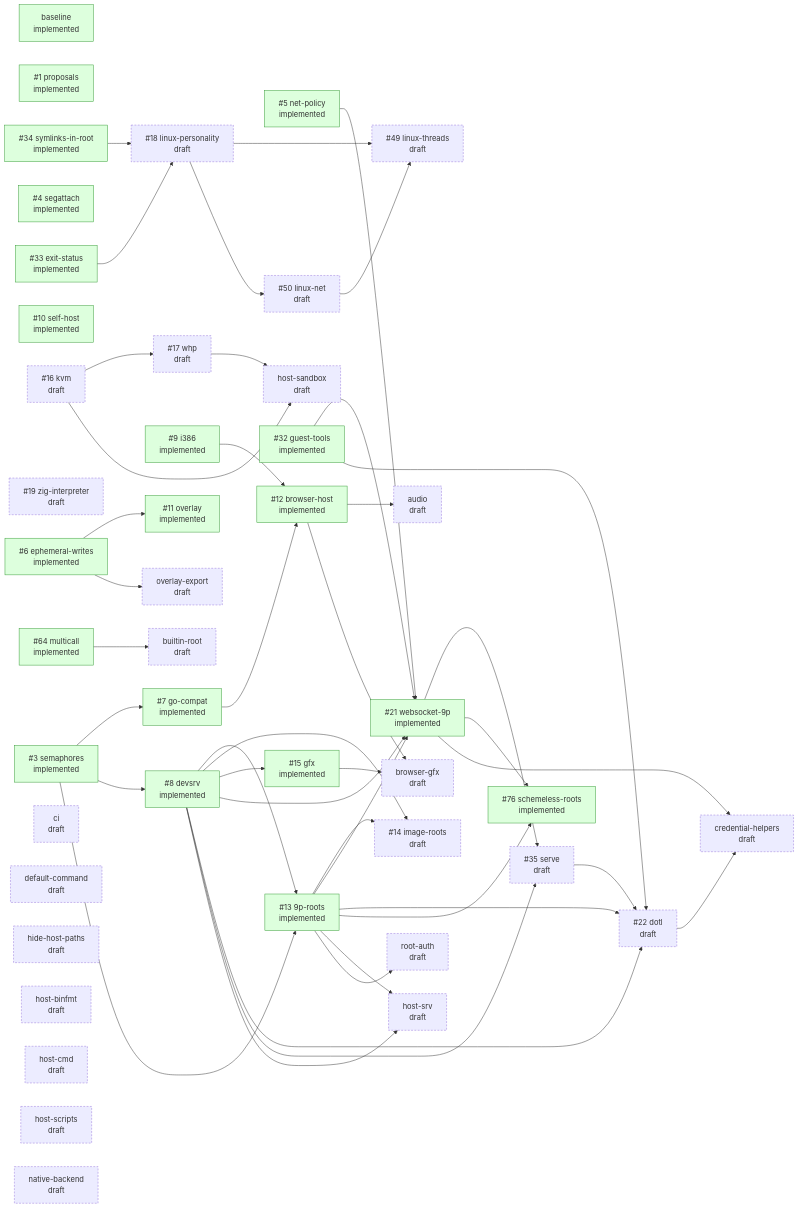
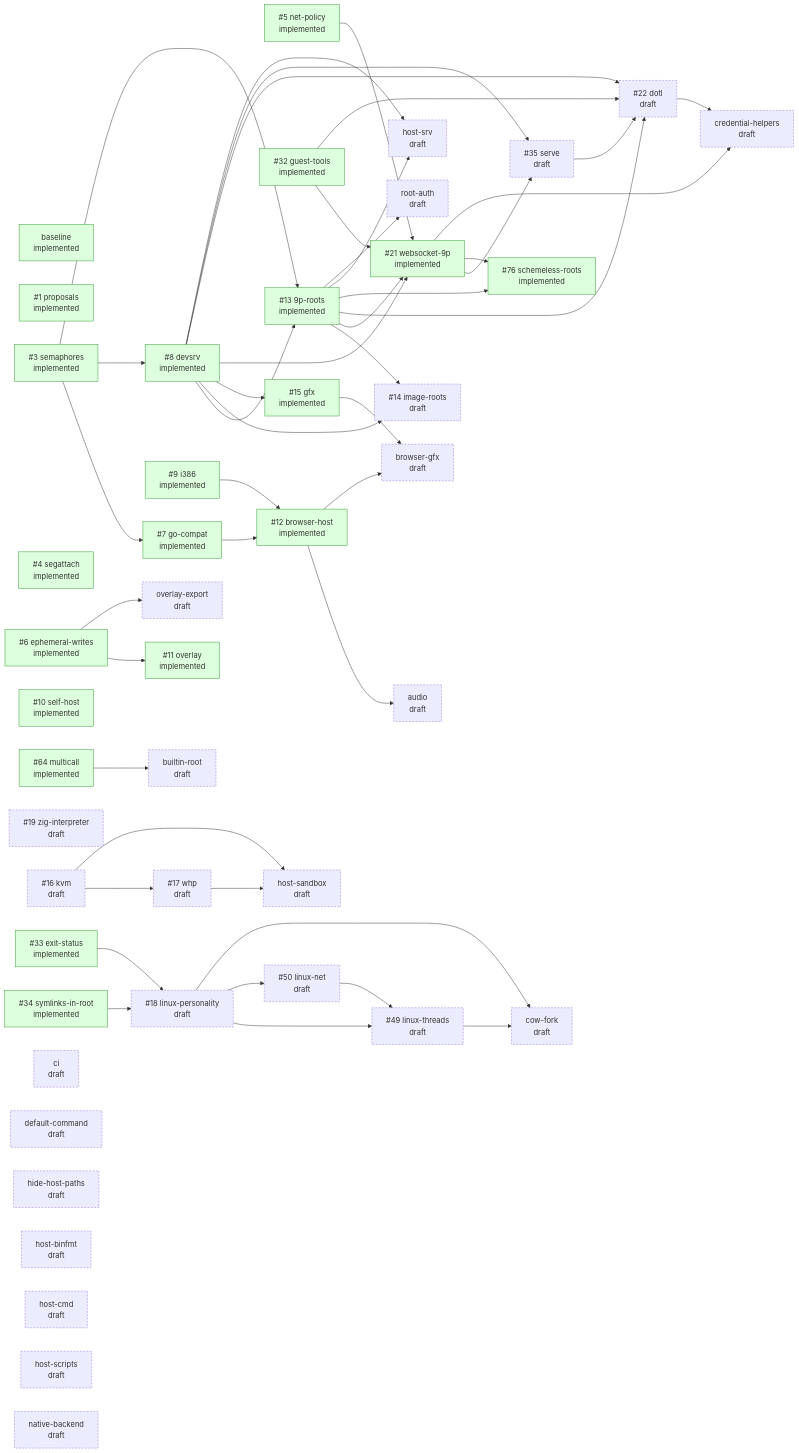
The diagram in design/STATUS.md (progrium/hyper9), drawn with Mermaid before and after one commit. The commit also changed other lines of this file, not shown here.

Commit message:
design: regenerate STATUS.md

```diff
--- a/design/STATUS.md
+++ b/design/STATUS.md
@@ -90,6 +91,7 @@
   p_browser_gfx["browser-gfx<br/>draft"]:::draft
   p_builtin_root["builtin-root<br/>draft"]:::draft
   p_ci["ci<br/>draft"]:::draft
+  p_cow_fork["cow-fork<br/>draft"]:::draft
   p_credential_helpers["credential-helpers<br/>draft"]:::draft
   p_default_command["default-command<br/>draft"]:::draft
   p_hide_host_paths["hide-host-paths<br/>draft"]:::draft
@@ -133,6 +135,8 @@
   p_browser_host --> p_browser_gfx
   p_gfx --> p_browser_gfx
   p_multicall --> p_builtin_root
+  p_linux_personality --> p_cow_fork
+  p_linux_threads --> p_cow_fork
   p_websocket_9p --> p_credential_helpers
   p_dotl --> p_credential_helpers
   p_kvm --> p_host_sandbox
```
